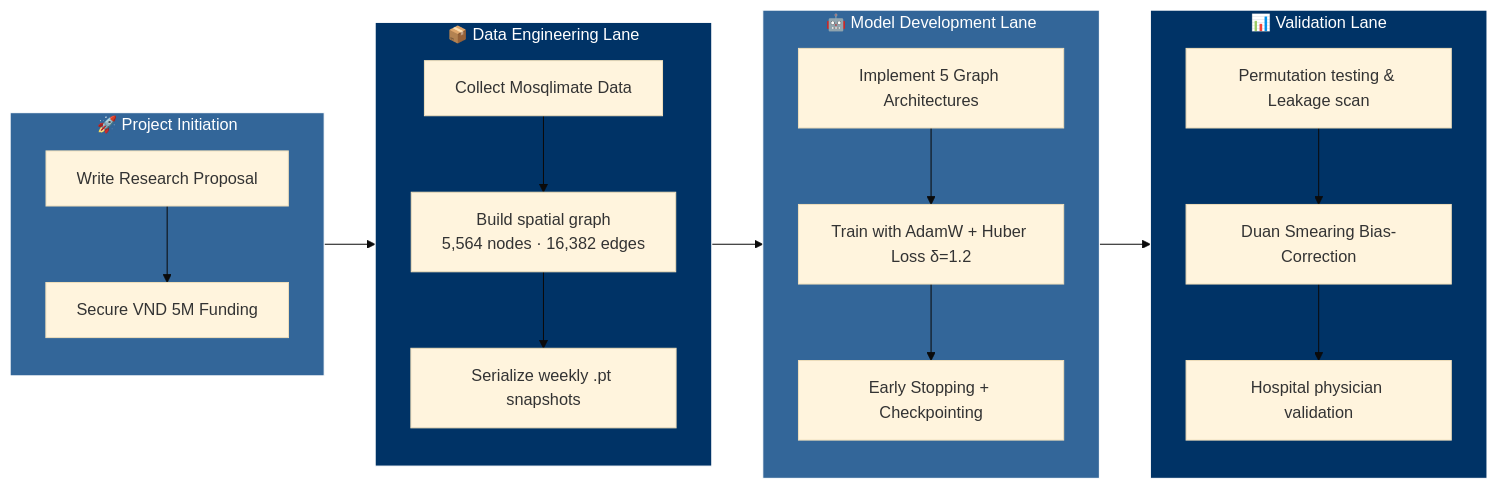
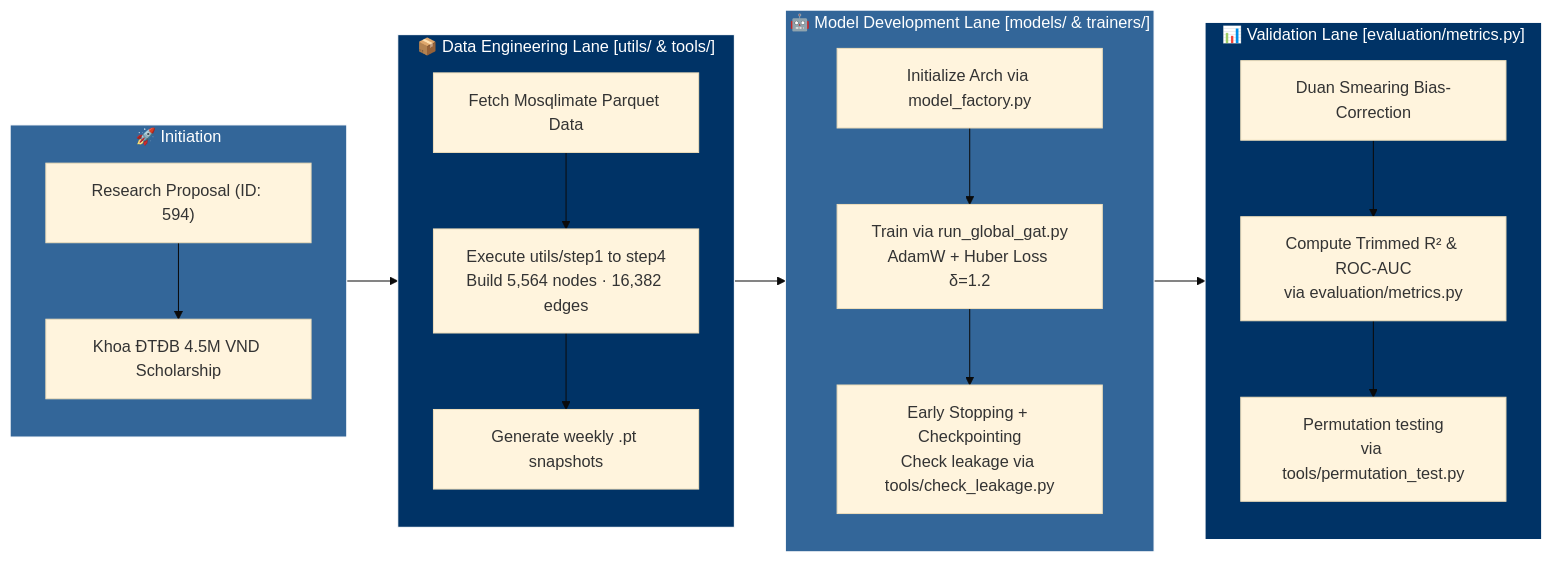
Before and after one commit to danielhuynh-04/Sheaf-Attention-Networks-in-forecasting-Dengue-fever-in-Brazil: the second of 2 diagrams in README.md, drawn with Mermaid (base theme). The commit also changed other lines of this file and 23 other files, not shown here.

Commit message:
chore: professionalize repository architecture, documentation, and evaluation pipeline

````diff
--- a/README.md
+++ b/README.md
@@ -134,39 +139,39 @@
 ```mermaid
 flowchart LR
-  subgraph START ["🚀 Project Initiation"]
+  subgraph START ["🚀 Initiation"]
     direction TB
-    S1["Write Research Proposal"]
-    S2["Secure VND 5M Funding"]
+    S1["Research Proposal (ID: 594)"]
+    S2["Khoa ĐTĐB 4.5M VND Scholarship"]
   end
 
-  subgraph DATA ["📦 Data Engineering Lane"]
+  subgraph DATA ["📦 Data Engineering Lane [utils/ & tools/]"]
     direction TB
-    D1["Collect Mosqlimate Data"]
-    D2["Build spatial graph\n5,564 nodes · 16,382 edges"]
-    D3["Serialize weekly .pt snapshots"]
+    D1["Fetch Mosqlimate Parquet Data"]
+    D2["Execute utils/step1 to step4\nBuild 5,564 nodes · 16,382 edges"]
+    D3["Generate weekly .pt snapshots"]
   end
 
-  subgraph MODEL ["🤖 Model Development Lane"]
+  subgraph MODEL ["🤖 Model Development Lane [models/ & trainers/]"]
     direction TB
-    M1["Implement 5 Graph Architectures"]
-    M2["Train with AdamW + Huber Loss δ=1.2"]
-    M3["Early Stopping + Checkpointing"]
+    M1["Initialize Arch via model_factory.py"]
+    M2["Train via run_global_gat.py\nAdamW + Huber Loss δ=1.2"]
+    M3["Early Stopping + Checkpointing\nCheck leakage via tools/check_leakage.py"]
   end
 
-  subgraph EVAL ["📊 Validation Lane"]
+  subgraph EVAL ["📊 Validation Lane [evaluation/metrics.py]"]
     direction TB
-    E1["Permutation testing & Leakage scan"]
-    E2["Duan Smearing Bias-Correction"]
-    E3["Hospital physician validation"]
+    E1["Duan Smearing Bias-Correction"]
+    E2["Compute Trimmed R² & ROC-AUC\nvia evaluation/metrics.py"]
+    E3["Permutation testing\nvia tools/permutation_test.py"]
   end
 
   S1 --> S2 --> D1
   D1 --> D2 --> D3
   D3 --> M1 --> M2 --> M3
   M3 --> E1 --> E2 --> E3
 
   style START fill:#336699,stroke:#ffffff,color:#fff
   style DATA fill:#003366,stroke:#ffffff,color:#fff
   style MODEL fill:#336699,stroke:#ffffff,color:#fff
   style EVAL fill:#003366,stroke:#ffffff,color:#fff
 ```
````
